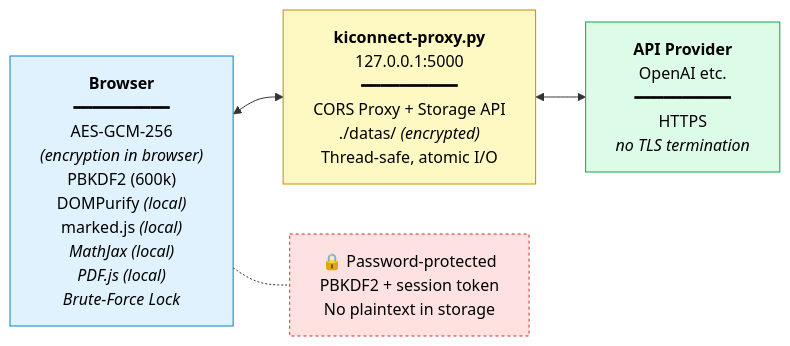
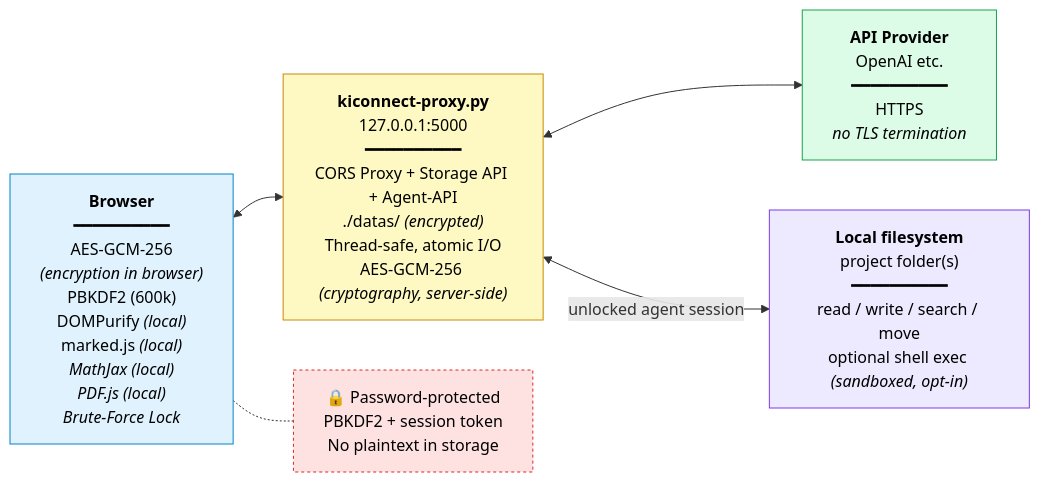
One commit to Waldemar-Koch-git/KiConnect changed the diagram in TECHNICAL.md. Above: the diagram before and after it, drawn with Mermaid. The commit also changed other lines of this file and 14 other files, not shown here.

````diff
--- a/TECHNICAL.md
+++ b/TECHNICAL.md
@@ -304,17 +355,20 @@
 ```mermaid
 flowchart LR
     B["<b>Browser</b><br/>━━━━━━━━━━<br/>AES-GCM-256<br><i>(encryption in browser)</i><br/>PBKDF2 (600k)<br/>DOMPurify <i>(local)</i><br/>marked.js <i>(local)<br/>MathJax <i>(local)<br/>PDF.js <i>(local)<br/>Brute-Force Lock"]
-    P["<b>kiconnect-proxy.py</b><br/>127.0.0.1:5000<br/>━━━━━━━━━━<br/>CORS Proxy + Storage API<br/>./datas/ <i>(encrypted)</i><br/>Thread-safe, atomic I/O"]
+    P["<b>kiconnect-proxy.py</b><br/>127.0.0.1:5000<br/>━━━━━━━━━━<br/>CORS Proxy + Storage API + Agent-API<br/>./datas/ <i>(encrypted)</i><br/>Thread-safe, atomic I/O<br/>AES-GCM-256 <i>(cryptography, server-side)</i>"]
     A["<b>API Provider</b><br/>OpenAI etc.<br/>━━━━━━━━━━<br/>HTTPS<br/><i>no TLS termination</i>"]
+    F["<b>Local filesystem</b><br/>project folder(s)<br/>━━━━━━━━━━<br/>read / write / search / move<br/>optional shell exec <i>(sandboxed, opt-in)</i>"]
 
     B <--> P
     P <--> A
+    P <-- unlocked agent session --> F
 
     N["🔒 Password-protected<br/>PBKDF2 + session token<br/>No plaintext in storage"]
     B <-.- N
 
     style B fill:#e0f2fe,stroke:#0284c7,color:#000000
     style P fill:#fef9c3,stroke:#ca8a04,color:#000000
     style A fill:#dcfce7,stroke:#16a34a,color:#000000
+    style F fill:#ede9fe,stroke:#7c3aed,color:#000000
     style N fill:#fee2e2,stroke:#dc2626,color:#000000,stroke-dasharray: 3 3
 ```
````
